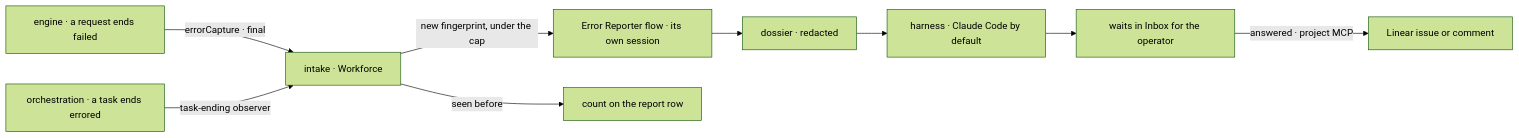
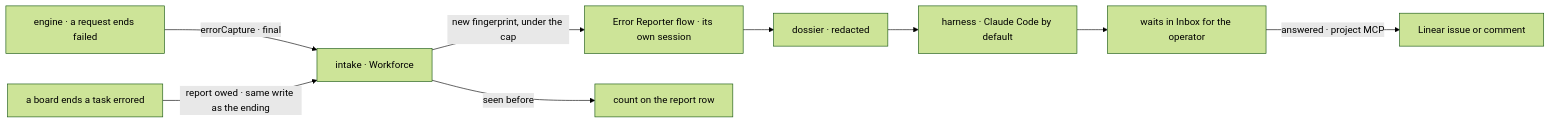
Before and after one commit to fixpoint-labs/flow-state-dev: the second of 2 diagrams in specs/issues/FIX-1983/SPEC.md, drawn with Mermaid (forest theme). The commit also changed other lines of this file and 2 other files, not shown here.

First line of the commit message:
spec(FIX-1983): ride the one ending signal for task failures

````diff
--- a/specs/issues/FIX-1983/SPEC.md
+++ b/specs/issues/FIX-1983/SPEC.md
@@ -97,11 +97,11 @@
 ```mermaid
 flowchart LR
   E["engine · a request ends failed"] -->|"errorCapture · final"| N["intake · Workforce"]
-  T["orchestration · a task ends errored"] -->|"task-ending observer"| N
+  T["a board ends a task errored"] -->|"report owed · same write as the ending"| N
   N -->|"new fingerprint, under the cap"| R["Error Reporter flow · its own session"]
   N -->|"seen before"| K["count on the report row"]
   R --> D["dossier · redacted"]
   D --> H["harness · Claude Code by default"]
   H --> W["waits in Inbox for the operator"]
   W -->|"answered · project MCP"| L["Linear issue or comment"]
 ```
````
